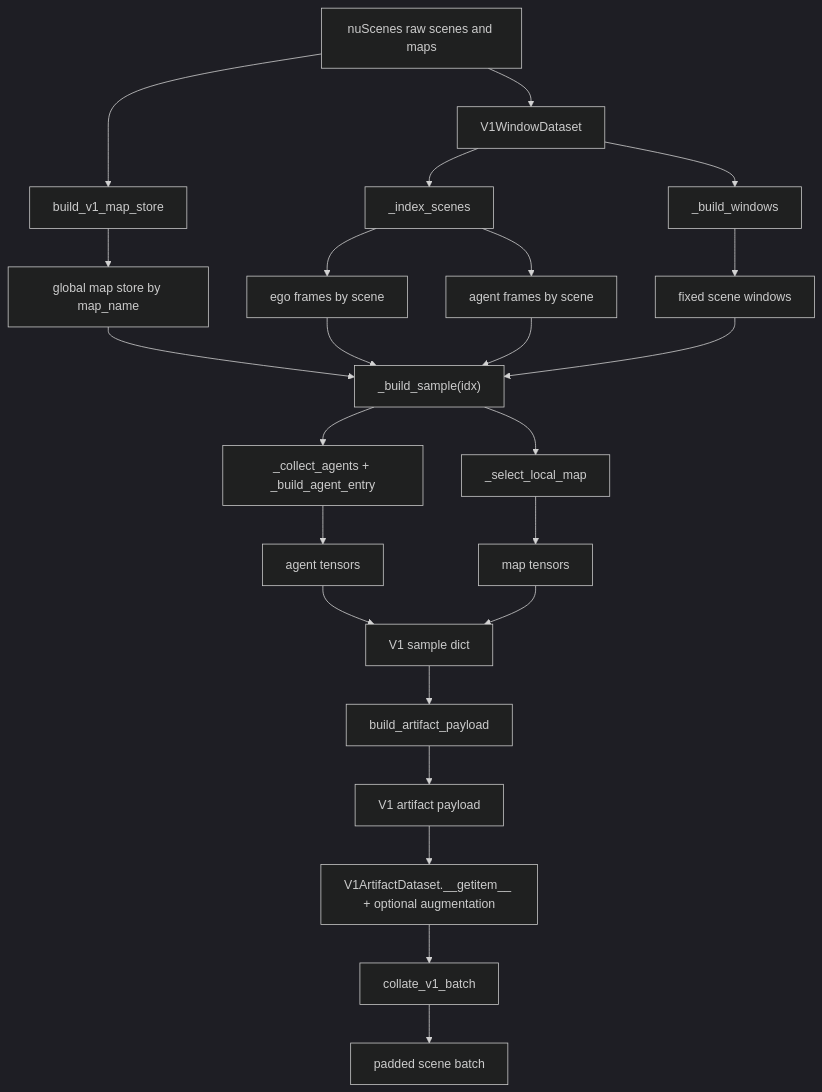
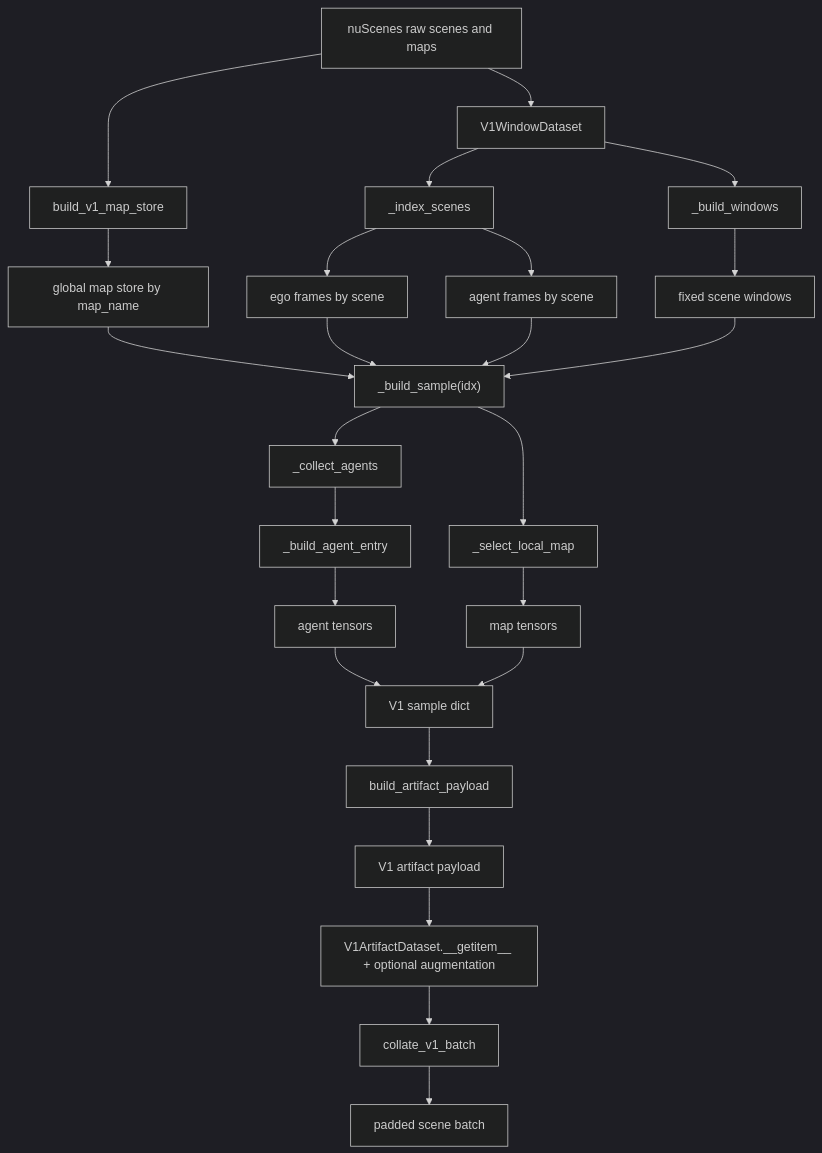
The first of 2 diagrams in README.md (alibekula/motion_nuscenes), drawn with Mermaid (dark theme) before and after one commit. The commit also changed other lines of this file, not shown here.

Commit message:
Clarify V1 agent selection

````diff
--- a/README.md
+++ b/README.md
@@ -24,32 +24,33 @@
 ```mermaid
 flowchart TD
     A["nuScenes raw scenes and maps"] --> B["build_v1_map_store"]
     B --> C["global map store by map_name"]
 
     A --> D["V1WindowDataset"]
     D --> E["_index_scenes"]
     E --> F["ego frames by scene"]
     E --> G["agent frames by scene"]
     D --> H["_build_windows"]
     H --> I["fixed scene windows"]
 
     C --> J["_build_sample(idx)"]
     F --> J
     G --> J
     I --> J
 
-    J --> K["_collect_agents + _build_agent_entry"]
-    K --> L["agent tensors"]
+    J --> K["_collect_agents"]
+    K --> K2["_build_agent_entry"]
+    K2 --> L["agent tensors"]
 
     J --> M["_select_local_map"]
     M --> N["map tensors"]
 
     L --> P["V1 sample dict"]
     N --> P
     P --> Q["build_artifact_payload"]
     Q --> R["V1 artifact payload"]
 
     R --> S["V1ArtifactDataset.__getitem__ + optional augmentation"]
     S --> T["collate_v1_batch"]
     T --> U["padded scene batch"]
 ```
````
